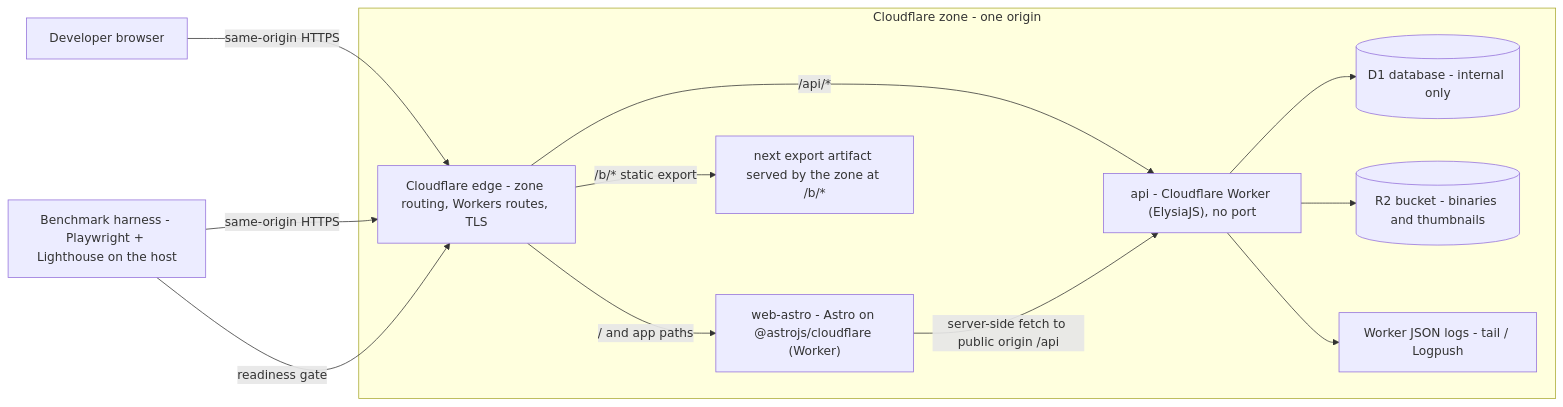
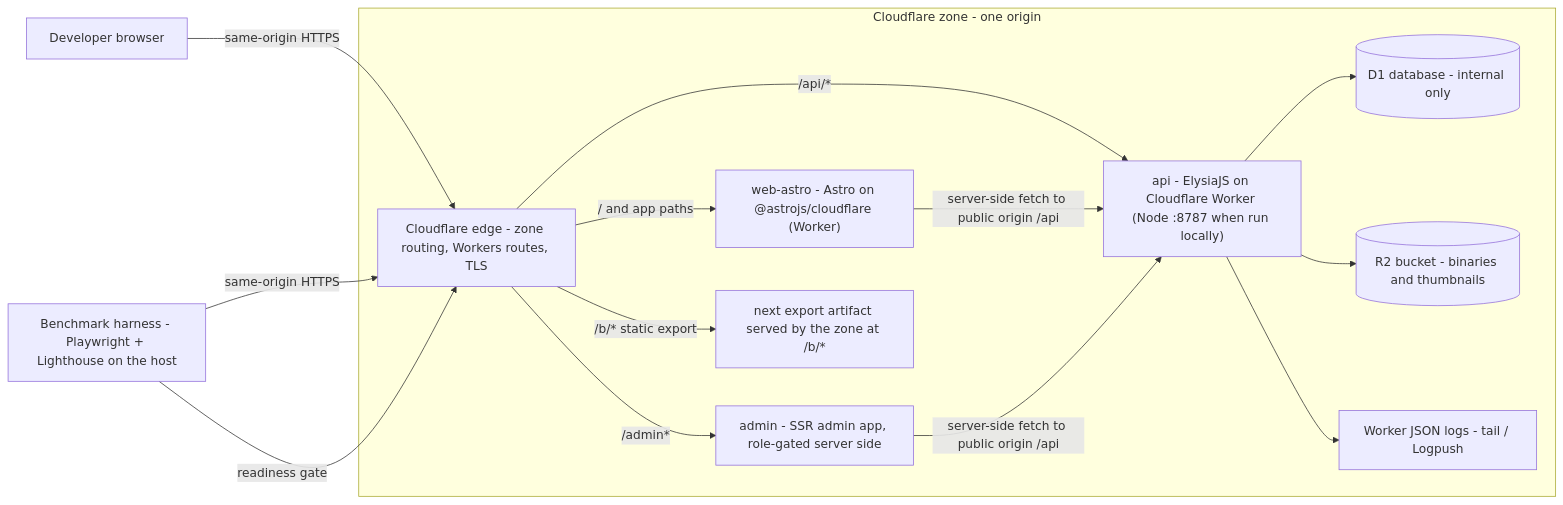
One commit to mhiqrambg/rweb-task-management changed the eighth of 8 diagrams in .planning/03-system-architecture.md. Above: the diagram before and after it, drawn with Mermaid. The commit also changed other lines of this file and 9 other files, not shown here.

````diff
--- a/.planning/03-system-architecture.md
+++ b/.planning/03-system-architecture.md
@@ -482,24 +492,27 @@
 ```mermaid
 flowchart LR
   Harness["Benchmark harness - Playwright + Lighthouse on the host"]
   Dev["Developer browser"]
   subgraph Edge["Cloudflare zone - one origin"]
     CFRoute["Cloudflare edge - zone routing, Workers routes, TLS"]
     AstroC["web-astro - Astro on @astrojs/cloudflare (Worker)"]
-    ApiC["api - Cloudflare Worker (ElysiaJS), no port"]
+    AdminC["admin - SSR admin app, role-gated server side"]
+    ApiC["api - ElysiaJS on Cloudflare Worker (Node :8787 when run locally)"]
     DbC[("D1 database - internal only")]
     StaticB["next export artifact served by the zone at /b/*"]
     Vol[("R2 bucket - binaries and thumbnails")]
     Logs["Worker JSON logs - tail / Logpush"]
   end
   Dev -->|"same-origin HTTPS"| CFRoute
   Harness -->|"same-origin HTTPS"| CFRoute
   Harness -->|"readiness gate"| CFRoute
   CFRoute -->|"/ and app paths"| AstroC
   CFRoute -->|"/b/* static export"| StaticB
+  CFRoute -->|"/admin*"| AdminC
   CFRoute -->|"/api/*"| ApiC
   ApiC --> DbC
   ApiC --> Vol
   AstroC -->|"server-side fetch to public origin /api"| ApiC
+  AdminC -->|"server-side fetch to public origin /api"| ApiC
   ApiC --> Logs
 ```
````
